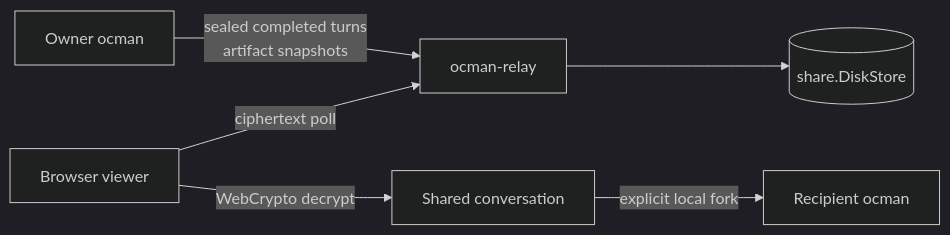
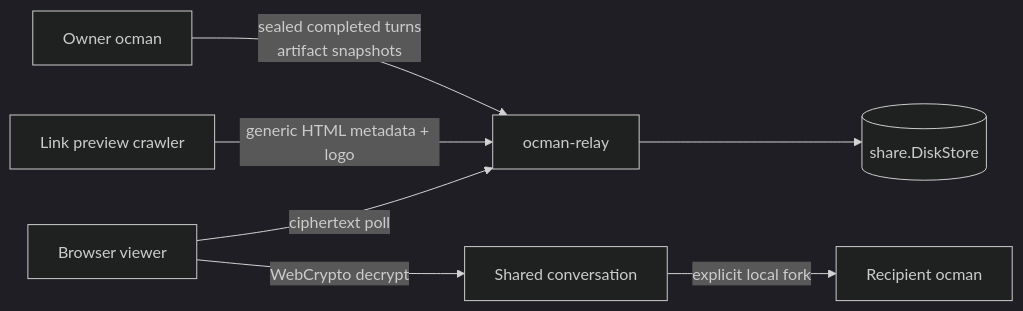
The first of 17 diagrams in docs/other/architecture.md (ocman/ocman), drawn with Mermaid (dark theme) before and after one commit. The commit also changed other lines of this file and 5 other files, not shown here.

Commit message:
feat(relay): add generic share link previews

````diff
--- a/docs/other/architecture.md
+++ b/docs/other/architecture.md
@@ -21,8 +21,9 @@
 ```mermaid
 flowchart LR
     Owner[Owner ocman] -->|sealed completed turns<br/>artifact snapshots| Relay[ocman-relay]
     Relay --> Store[(share.DiskStore)]
+    Crawler[Link preview crawler] -->|generic HTML metadata + logo| Relay
     Viewer[Browser viewer] -->|ciphertext poll| Relay
     Viewer -->|WebCrypto decrypt| Thread[Shared conversation]
     Thread -->|explicit local fork| Local[Recipient ocman]
 ```
````
